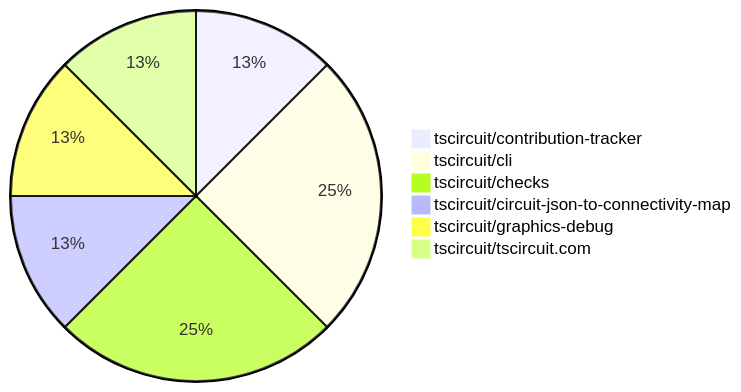
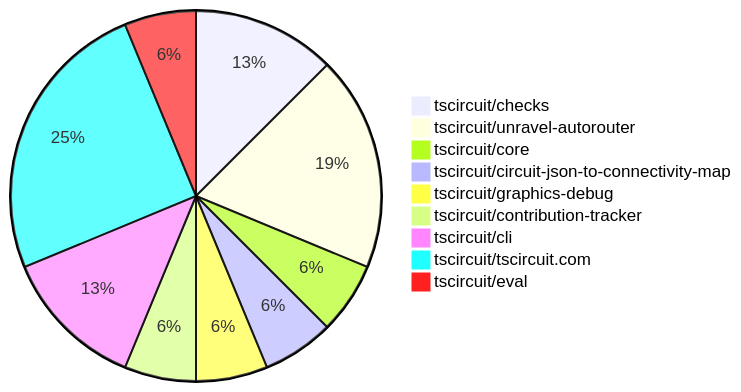
One commit to tscircuit/contribution-tracker changed the diagram in contribution-overviews/2025-03-26.md. Above: the diagram before and after it, drawn with Mermaid. The commit also changed other lines of this file and 2 other files, not shown here.

````diff
--- a/contribution-overviews/2025-03-26.md
+++ b/contribution-overviews/2025-03-26.md
@@ -5,9 +5,12 @@
 ```mermaid
 pie
+    "tscircuit/checks" : 2
+    "tscircuit/unravel-autorouter" : 3
+    "tscircuit/core" : 1
+    "tscircuit/circuit-json-to-connectivity-map" : 1
+    "tscircuit/graphics-debug" : 1
     "tscircuit/contribution-tracker" : 1
     "tscircuit/cli" : 2
-    "tscircuit/checks" : 2
-    "tscircuit/circuit-json-to-connectivity-map" : 1
-    "tscircuit/graphics-debug" : 1
-    "tscircuit/tscircuit.com" : 1
+    "tscircuit/tscircuit.com" : 4
+    "tscircuit/eval" : 1
 ```
````
